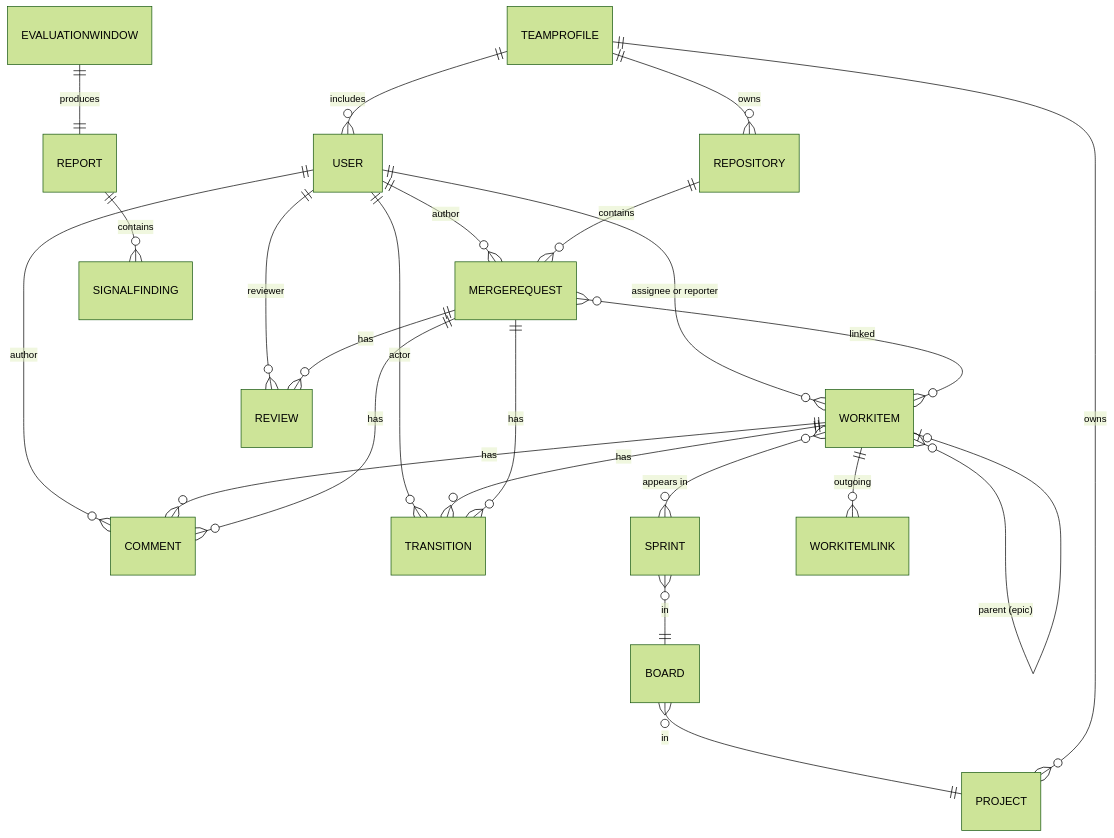
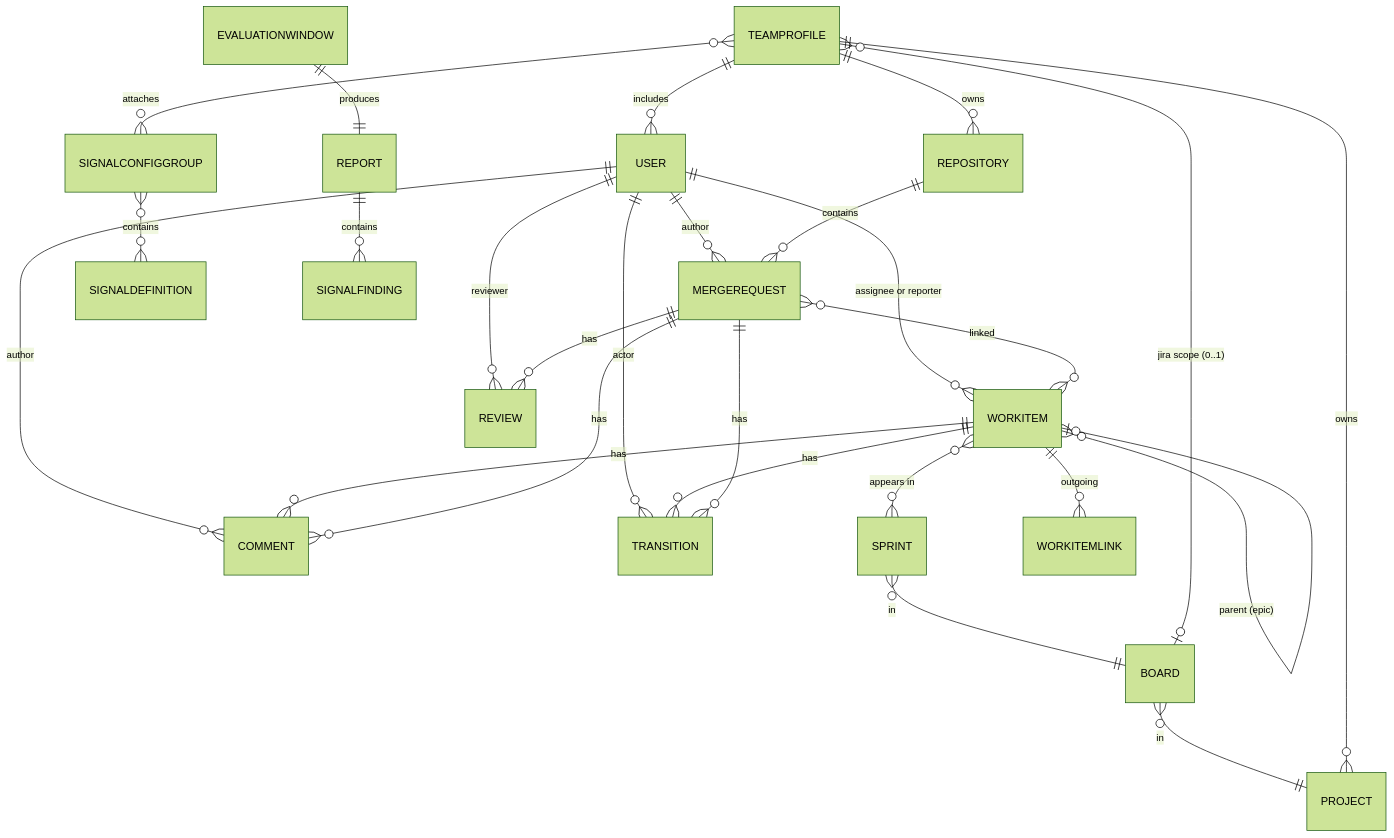
Before and after one commit to serdartas/em-radar: the diagram in docs/05-data-model.md, drawn with Mermaid (forest theme). The commit also changed other lines of this file and 15 other files, not shown here.

````diff
--- a/docs/05-data-model.md
+++ b/docs/05-data-model.md
@@ -30,30 +30,33 @@
 ```mermaid
 erDiagram
     USER ||--o{ WORKITEM : "assignee or reporter"
     USER ||--o{ MERGEREQUEST : "author"
     USER ||--o{ REVIEW : "reviewer"
     USER ||--o{ COMMENT : "author"
     USER ||--o{ TRANSITION : "actor"
 
     WORKITEM ||--o{ COMMENT : "has"
     WORKITEM ||--o{ TRANSITION : "has"
     WORKITEM }o--o{ SPRINT : "appears in"
     WORKITEM }o--o| WORKITEM : "parent (epic)"
     WORKITEM ||--o{ WORKITEMLINK : "outgoing"
 
     SPRINT }o--|| BOARD : "in"
     BOARD }o--|| PROJECT : "in"
 
     REPOSITORY ||--o{ MERGEREQUEST : "contains"
     MERGEREQUEST ||--o{ REVIEW : "has"
     MERGEREQUEST ||--o{ COMMENT : "has"
     MERGEREQUEST ||--o{ TRANSITION : "has"
     MERGEREQUEST }o--o{ WORKITEM : "linked"
 
     TEAMPROFILE ||--o{ PROJECT : "owns"
     TEAMPROFILE ||--o{ REPOSITORY : "owns"
     TEAMPROFILE ||--o{ USER : "includes"
+    TEAMPROFILE }o--o| BOARD : "jira scope (0..1)"
+    TEAMPROFILE }o--o{ SIGNALCONFIGGROUP : "attaches"
+    SIGNALCONFIGGROUP }o--o{ SIGNALDEFINITION : "contains"
 
     EVALUATIONWINDOW ||--|| REPORT : "produces"
     REPORT ||--o{ SIGNALFINDING : "contains"
 ```
````
